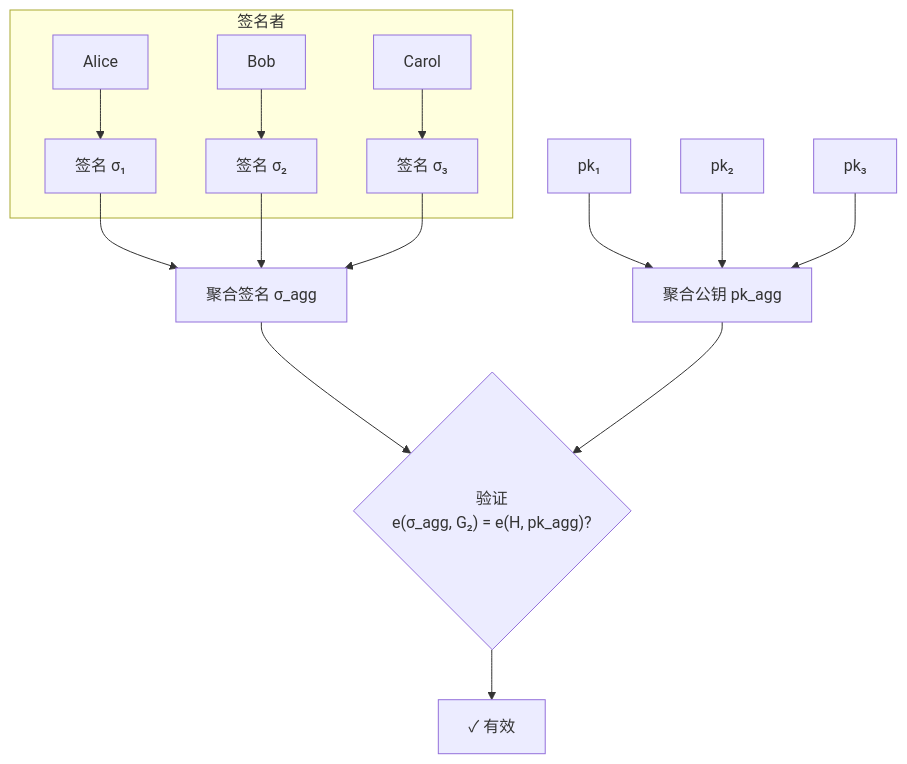
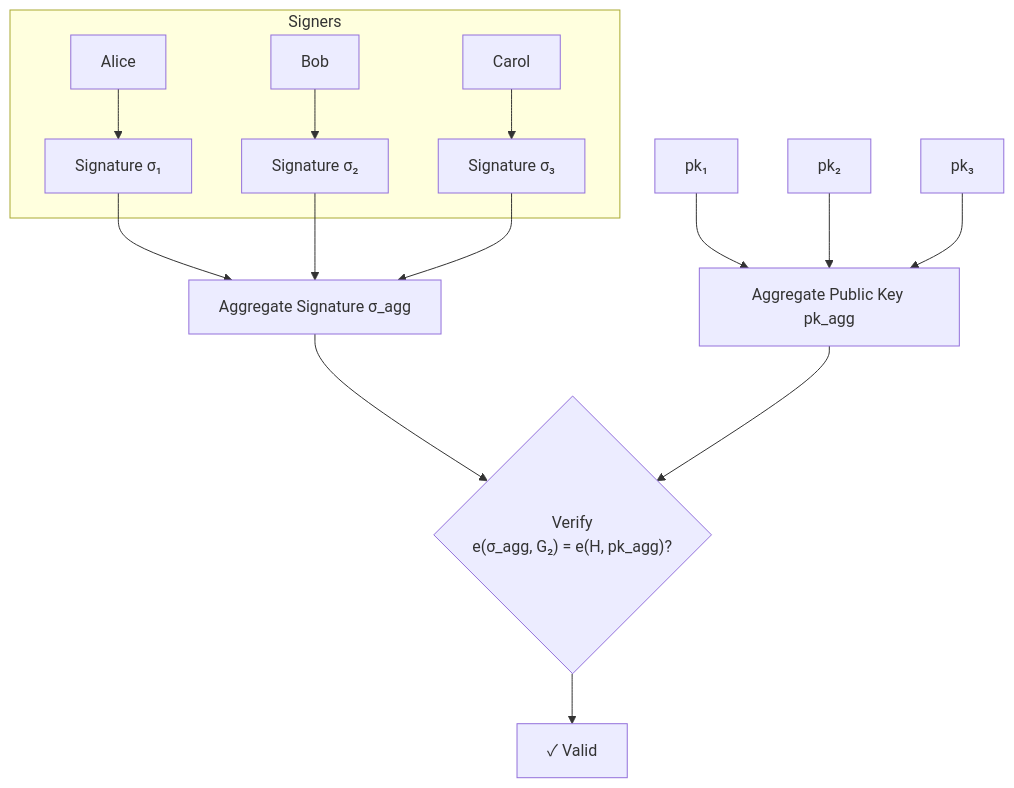
Before and after one commit to stars-labs/cryptograph-onboarding-trainning: the second of 3 diagrams in docs/cryptography/bls.mdx, drawn with Mermaid. The commit also changed other lines of this file and 15 other files, not shown here.

````diff
--- a/docs/cryptography/bls.mdx
+++ b/docs/cryptography/bls.mdx
@@ -330,21 +330,21 @@
 ```mermaid
 flowchart TD
-    subgraph Signers["签名者"]
-        A["Alice"] --> S1["签名 σ₁"]
-        B["Bob"] --> S2["签名 σ₂"]
-        C["Carol"] --> S3["签名 σ₃"]
+    subgraph Signers["Signers"]
+        A["Alice"] --> S1["Signature σ₁"]
+        B["Bob"] --> S2["Signature σ₂"]
+        C["Carol"] --> S3["Signature σ₃"]
     end
     
-    S1 --> AGG_SIG["聚合签名 σ_agg"]
+    S1 --> AGG_SIG["Aggregate Signature σ_agg"]
     S2 --> AGG_SIG
     S3 --> AGG_SIG
     
-    PK1["pk₁"] --> AGG_PK["聚合公钥 pk_agg"]
+    PK1["pk₁"] --> AGG_PK["Aggregate Public Key pk_agg"]
     PK2["pk₂"] --> AGG_PK
     PK3["pk₃"] --> AGG_PK
     
-    AGG_SIG --> VERIFY{"验证<br/>e(σ_agg, G₂) = e(H, pk_agg)?"}
+    AGG_SIG --> VERIFY{"Verify<br/>e(σ_agg, G₂) = e(H, pk_agg)?"}
     AGG_PK --> VERIFY
     
-    VERIFY --> VALID["✓ 有效"]
+    VERIFY --> VALID["✓ Valid"]
 ```
````
